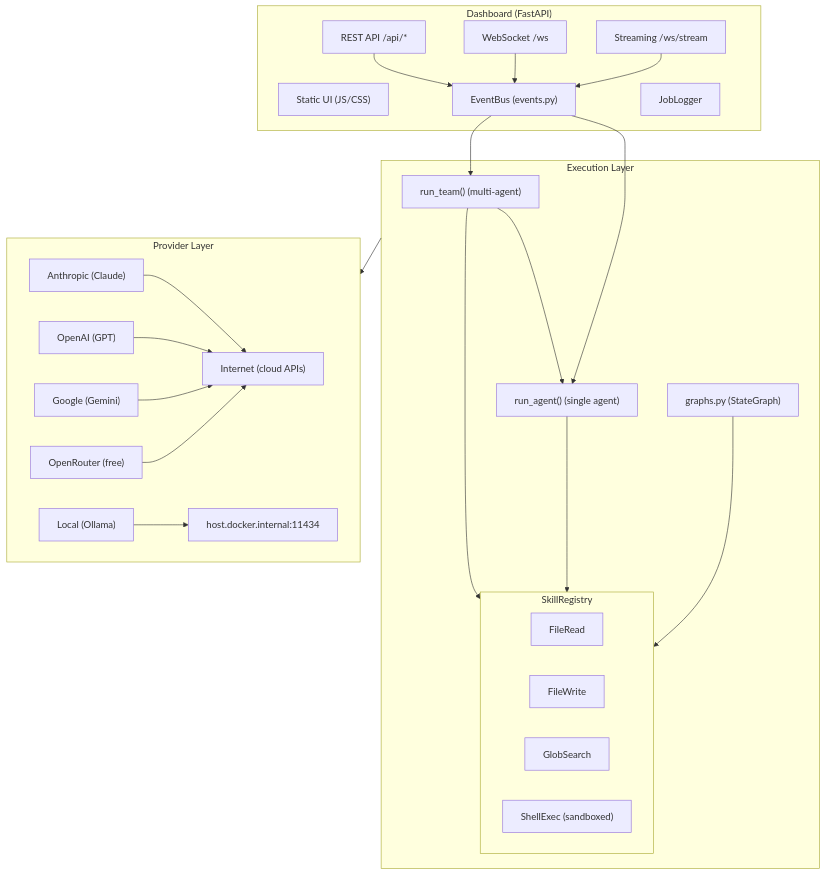
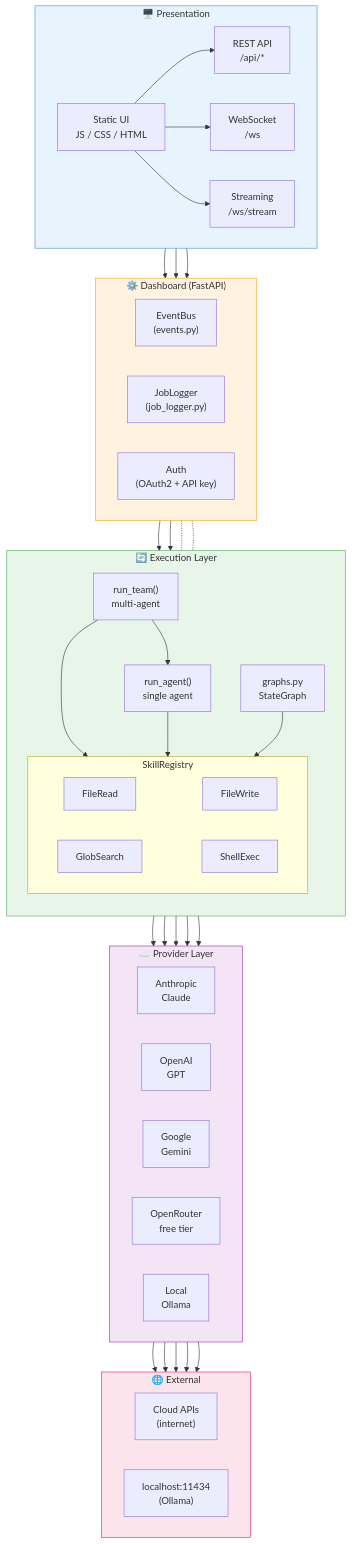
One commit to pjcau/agent-orchestrator changed the first of 6 diagrams in docs/website/docs/architecture/components.md. Above: the diagram before and after it, drawn with Mermaid. The commit also changed other lines of this file, not shown here.

First line of the commit message:
docs: improve component interaction diagrams for clarity and completeness

````diff
--- a/docs/website/docs/architecture/components.md
+++ b/docs/website/docs/architecture/components.md
@@ -10,44 +10,79 @@
 ```mermaid
-graph TD
-    subgraph Dashboard["Dashboard (FastAPI)"]
-        REST["REST API /api/*"]
-        WS["WebSocket /ws"]
-        STREAM["Streaming /ws/stream"]
-        UI["Static UI (JS/CSS)"]
-        REST --> EB
-        WS --> EB
-        STREAM --> EB
-        EB["EventBus (events.py)"]
-        JL["JobLogger"]
+graph TB
+    subgraph UI_Layer["🖥️ Presentation"]
+        direction LR
+        UI["Static UI<br/>JS / CSS / HTML"]
+        REST["REST API<br/>/api/*"]
+        WS["WebSocket<br/>/ws"]
+        STREAM["Streaming<br/>/ws/stream"]
     end
 
-    subgraph Execution["Execution Layer"]
-        RT["run_team() (multi-agent)"]
-        RA["run_agent() (single agent)"]
-        GR["graphs.py (StateGraph)"]
-        RT --> RA
-        RT --> SR
-        RA --> SR
-        GR --> SR
-        subgraph SR["SkillRegistry"]
-            FR["FileRead"]
-            FW["FileWrite"]
-            GS["GlobSearch"]
-            SE["ShellExec (sandboxed)"]
+    subgraph Dashboard["⚙️ Dashboard (FastAPI)"]
+        direction LR
+        EB["EventBus<br/>(events.py)"]
+        JL["JobLogger<br/>(job_logger.py)"]
+        AUTH["Auth<br/>(OAuth2 + API key)"]
+    end
+
+    subgraph Execution["🔄 Execution Layer"]
+        direction TB
+        RT["run_team()<br/>multi-agent"]
+        RA["run_agent()<br/>single agent"]
+        GR["graphs.py<br/>StateGraph"]
+
+        subgraph Skills["SkillRegistry"]
+            direction LR
+            FR["FileRead"] ~~~ FW["FileWrite"]
+            GS["GlobSearch"] ~~~ SE["ShellExec"]
         end
     end
 
-    subgraph Providers["Provider Layer"]
-        AN["Anthropic (Claude)"]
-        OA["OpenAI (GPT)"]
-        GO["Google (Gemini)"]
-        OR["OpenRouter (free)"]
-        LO["Local (Ollama)"]
-        AN & OA & GO & OR --> INT["Internet (cloud APIs)"]
-        LO --> LOC["host.docker.internal:11434"]
+    subgraph Providers["☁️ Provider Layer"]
+        direction LR
+        AN["Anthropic<br/>Claude"]
+        OA["OpenAI<br/>GPT"]
+        GO["Google<br/>Gemini"]
+        OR["OpenRouter<br/>free tier"]
+        LO["Local<br/>Ollama"]
     end
 
+    subgraph External["🌐 External"]
+        direction LR
+        INT["Cloud APIs<br/>(internet)"]
+        LOC["localhost:11434<br/>(Ollama)"]
+    end
+
+    %% Presentation → Dashboard
+    UI --> REST & WS & STREAM
+    REST --> EB
+    WS --> EB
+    STREAM --> EB
+
+    %% Dashboard → Execution
     EB --> RT
     EB --> RA
-    Execution --> Providers
+    JL -.- RT & RA
+
+    %% Execution internal
+    RT --> RA
+    RT --> Skills
+    RA --> Skills
+    GR --> Skills
+
+    %% Execution → Providers
+    RA --> AN & OA & GO & OR & LO
+
+    %% Providers → External
+    AN --> INT
+    OA --> INT
+    GO --> INT
+    OR --> INT
+    LO --> LOC
+
+    %% Styles
+    style UI_Layer fill:#e8f4fd,stroke:#4a90d9
+    style Dashboard fill:#fff3e0,stroke:#f5a623
+    style Execution fill:#e8f5e9,stroke:#4caf50
+    style Providers fill:#f3e5f5,stroke:#9c27b0
+    style External fill:#fce4ec,stroke:#e91e63
 ```
````
